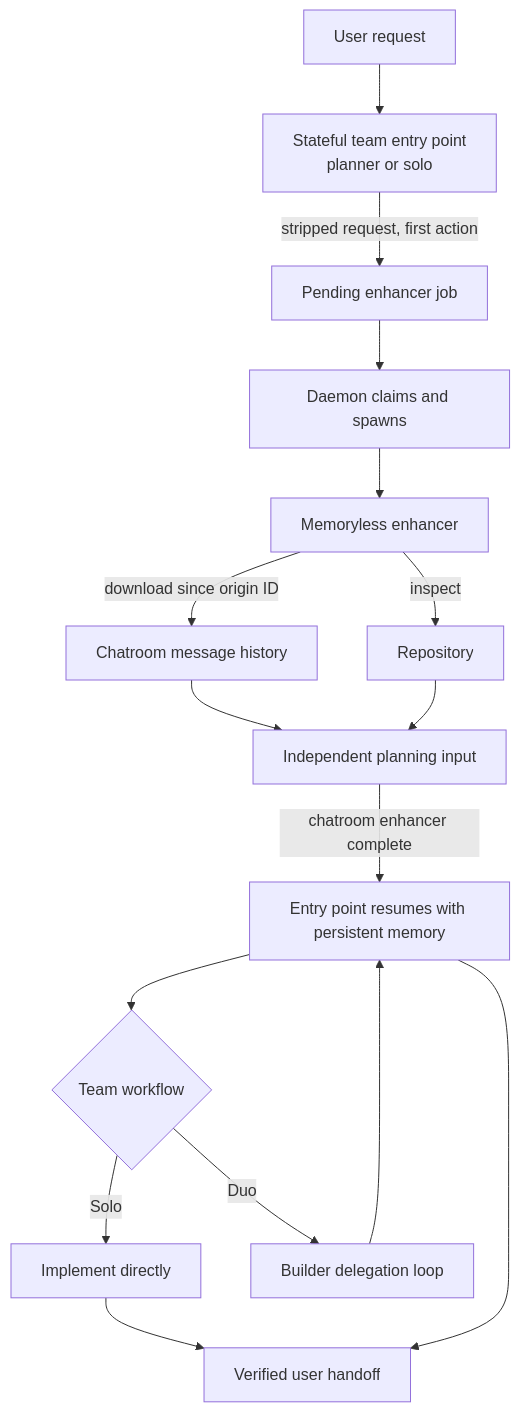
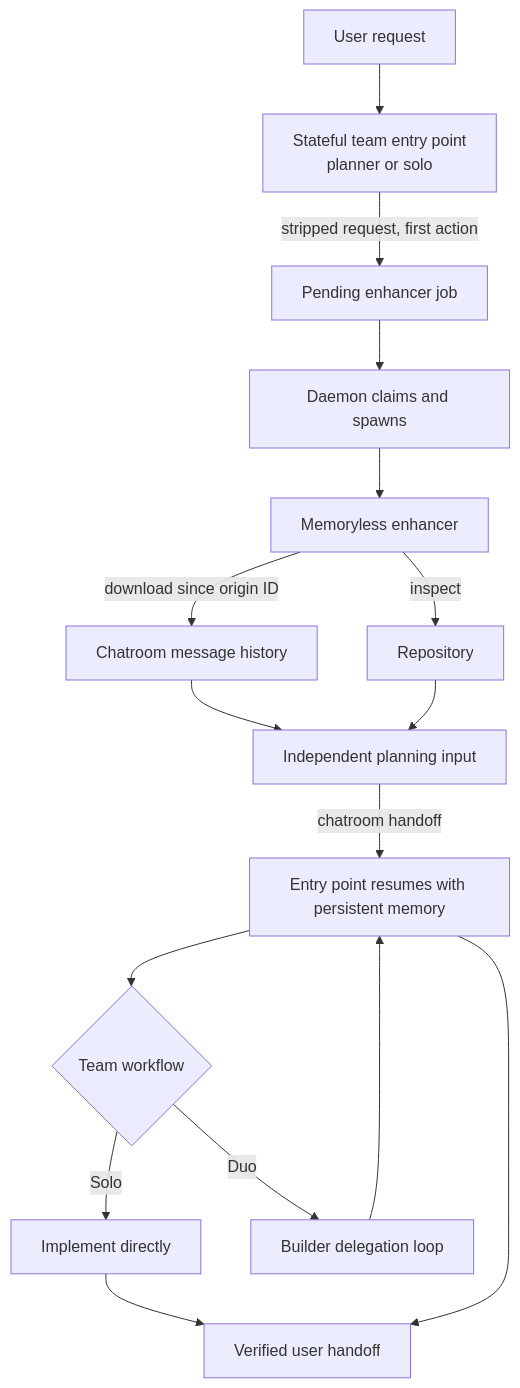
The diagram in docs/plans/enhancers.md (conradkoh/chatroom), drawn with Mermaid before and after one commit. The commit also changed other lines of this file and 4 other files, not shown here.

First line of the commit message:
docs(memory): record enhancer stack and participant decoupling status

````diff
--- a/docs/plans/enhancers.md
+++ b/docs/plans/enhancers.md
@@ -94,18 +94,18 @@
 ```mermaid
 flowchart TD
     U[User request] --> P[Stateful team entry point<br/>planner or solo]
     P -->|stripped request, first action| E[Pending enhancer job]
     E --> D[Daemon claims and spawns]
     D --> H[Memoryless enhancer]
     H -->|download since origin ID| M[Chatroom message history]
     H -->|inspect| R[Repository]
     M --> A[Independent planning input]
     R --> A
-    A -->|chatroom enhancer complete| P2[Entry point resumes with persistent memory]
+    A -->|chatroom handoff| P2[Entry point resumes with persistent memory]
     P2 --> B{Team workflow}
     B -->|Solo| I[Implement directly]
     B -->|Duo| D2[Builder delegation loop]
     D2 --> P2
     I --> X[Verified user handoff]
     P2 --> X[Verified user handoff]
 ```
````
